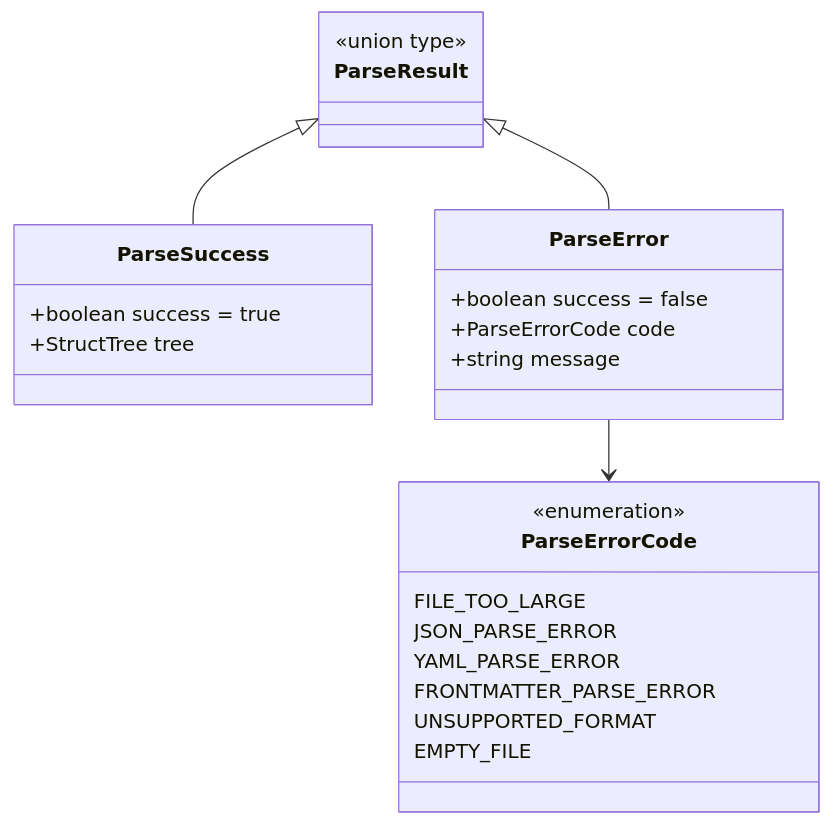
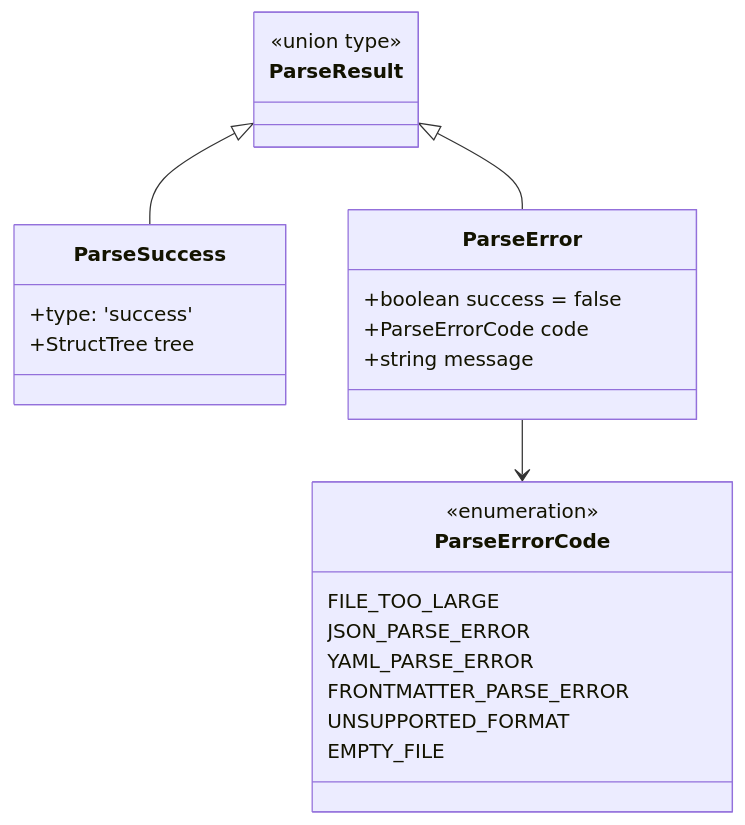
The second of 3 diagrams in docs/DATA_MODEL_AND_PARSERS.md (masanori-satake/StructMap-Solo), drawn with Mermaid before and after one commit. The commit also changed other lines of this file and 4 other files, not shown here.

````diff
--- a/docs/DATA_MODEL_AND_PARSERS.md
+++ b/docs/DATA_MODEL_AND_PARSERS.md
@@ -90,31 +90,31 @@
 ```mermaid
 classDiagram
     class ParseResult {
         <<union type>>
     }
 
     class ParseSuccess {
-        +boolean success = true
+        +type: 'success'
         +StructTree tree
     }
 
     class ParseError {
         +boolean success = false
         +ParseErrorCode code
         +string message
     }
 
     class ParseErrorCode {
         <<enumeration>>
         FILE_TOO_LARGE
         JSON_PARSE_ERROR
         YAML_PARSE_ERROR
         FRONTMATTER_PARSE_ERROR
         UNSUPPORTED_FORMAT
         EMPTY_FILE
     }
 
     ParseResult <|-- ParseSuccess
     ParseResult <|-- ParseError
     ParseError --> ParseErrorCode
 ```
````
